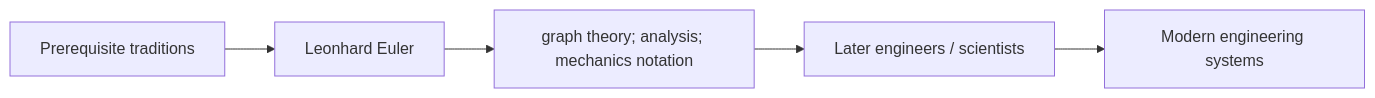
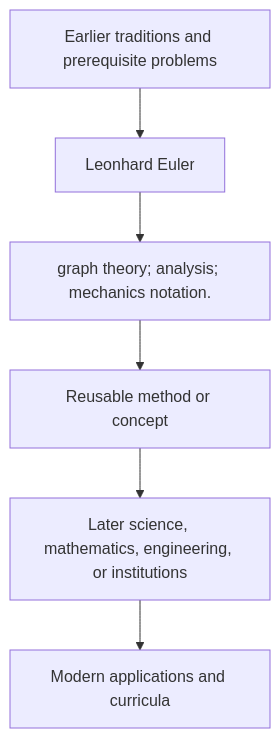
Before and after one commit to via-decide/ViaLogic: the diagram in docs/history/leonhard-euler/influence.md, drawn with Mermaid. The commit also changed other lines of this file and 858 other files, not shown here.

````diff
--- a/docs/history/leonhard-euler/influence.md
+++ b/docs/history/leonhard-euler/influence.md
@@ -29,7 +16,8 @@
 ```mermaid
-graph LR
-  prerequisites["Prerequisite traditions"] --> current["Leonhard Euler"]
-  current --> contribution["graph theory; analysis; mechanics notation"]
-  contribution --> successors["Later engineers / scientists"]
-  successors --> modern["Modern engineering systems"]
+graph TD
+  Prior[Earlier traditions and prerequisite problems] --> Person[Leonhard Euler]
+  Person --> Contribution[graph theory; analysis; mechanics notation.]
+  Contribution --> Method[Reusable method or concept]
+  Method --> Later[Later science, mathematics, engineering, or institutions]
+  Later --> Modern[Modern applications and curricula]
 ```
````
